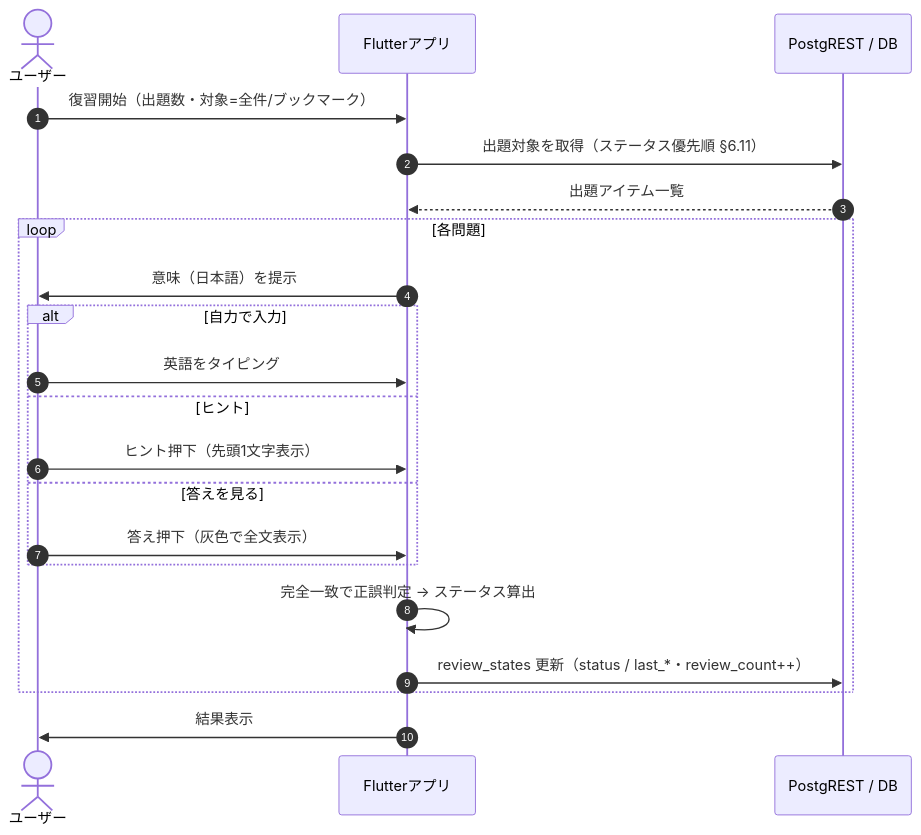
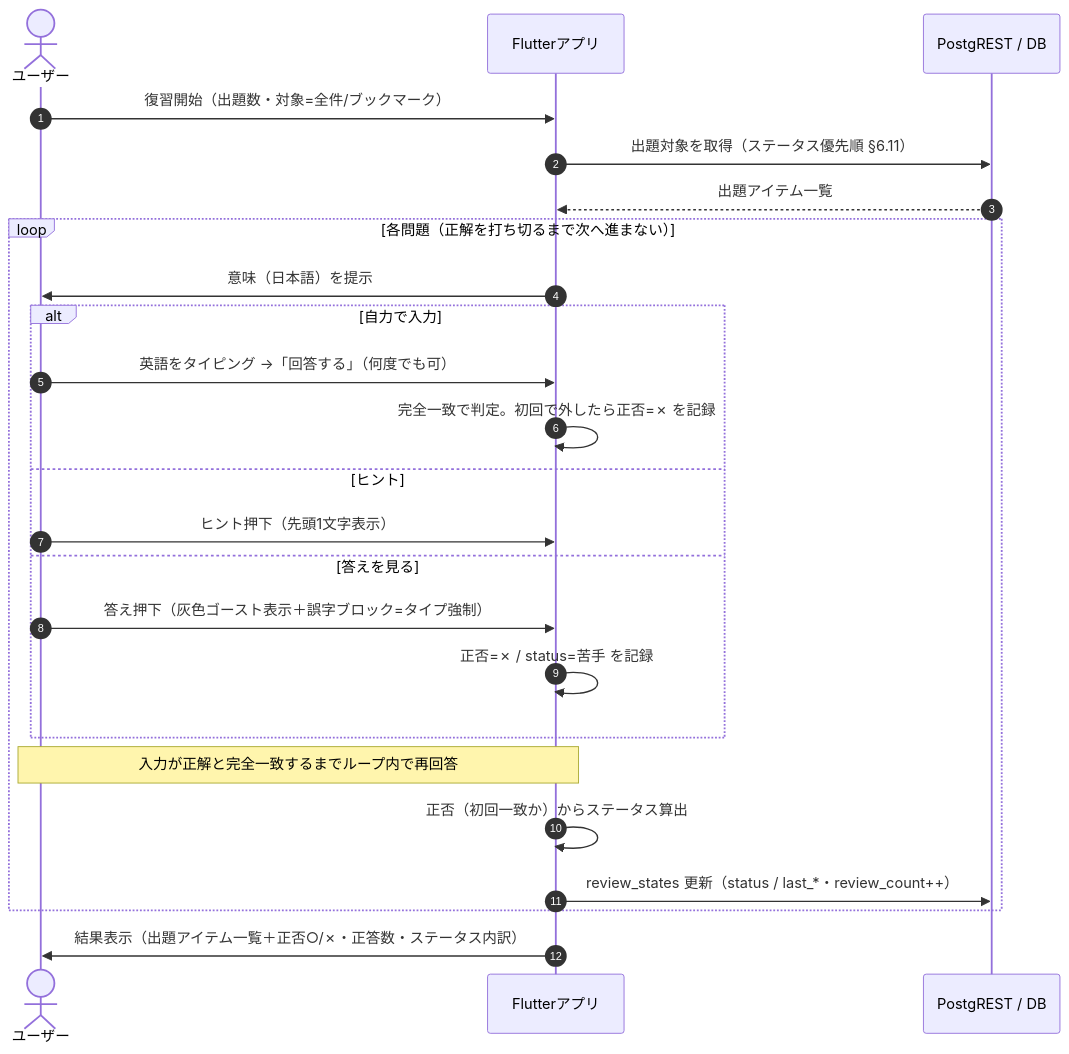
Before and after one commit to komikonkon/Rakuku: the fifth of 7 diagrams in docs/architecture.md, drawn with Mermaid. The commit also changed 3 other files, not shown here.

````diff
--- a/docs/architecture.md
+++ b/docs/architecture.md
@@ -173,24 +173,27 @@
 ```mermaid
 sequenceDiagram
     autonumber
     actor U as ユーザー
     participant App as Flutterアプリ
     participant DB as PostgREST / DB
 
     U->>App: 復習開始（出題数・対象=全件/ブックマーク）
     App->>DB: 出題対象を取得（ステータス優先順 §6.11）
     DB-->>App: 出題アイテム一覧
-    loop 各問題
+    loop 各問題（正解を打ち切るまで次へ進まない）
         App->>U: 意味（日本語）を提示
         alt 自力で入力
-            U->>App: 英語をタイピング
+            U->>App: 英語をタイピング →「回答する」（何度でも可）
+            App->>App: 完全一致で判定。初回で外したら正否=✗ を記録
         else ヒント
             U->>App: ヒント押下（先頭1文字表示）
         else 答えを見る
-            U->>App: 答え押下（灰色で全文表示）
+            U->>App: 答え押下（灰色ゴースト表示＋誤字ブロック=タイプ強制）
+            App->>App: 正否=✗ / status=苦手 を記録
         end
-        App->>App: 完全一致で正誤判定 → ステータス算出
+        Note over App,U: 入力が正解と完全一致するまでループ内で再回答
+        App->>App: 正否（初回一致か）からステータス算出
         App->>DB: review_states 更新（status / last_*・review_count++）
     end
-    App->>U: 結果表示
+    App->>U: 結果表示（出題アイテム一覧＋正否○/✗・正答数・ステータス内訳）
 ```
````
